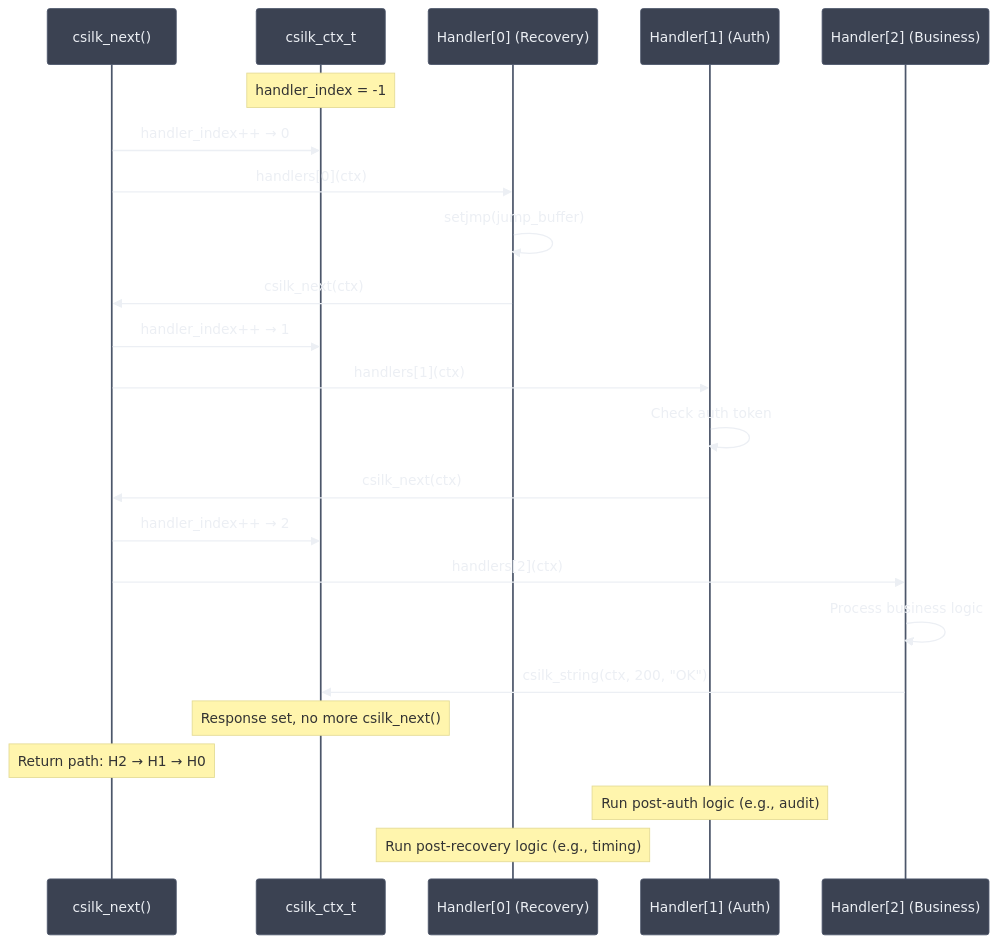
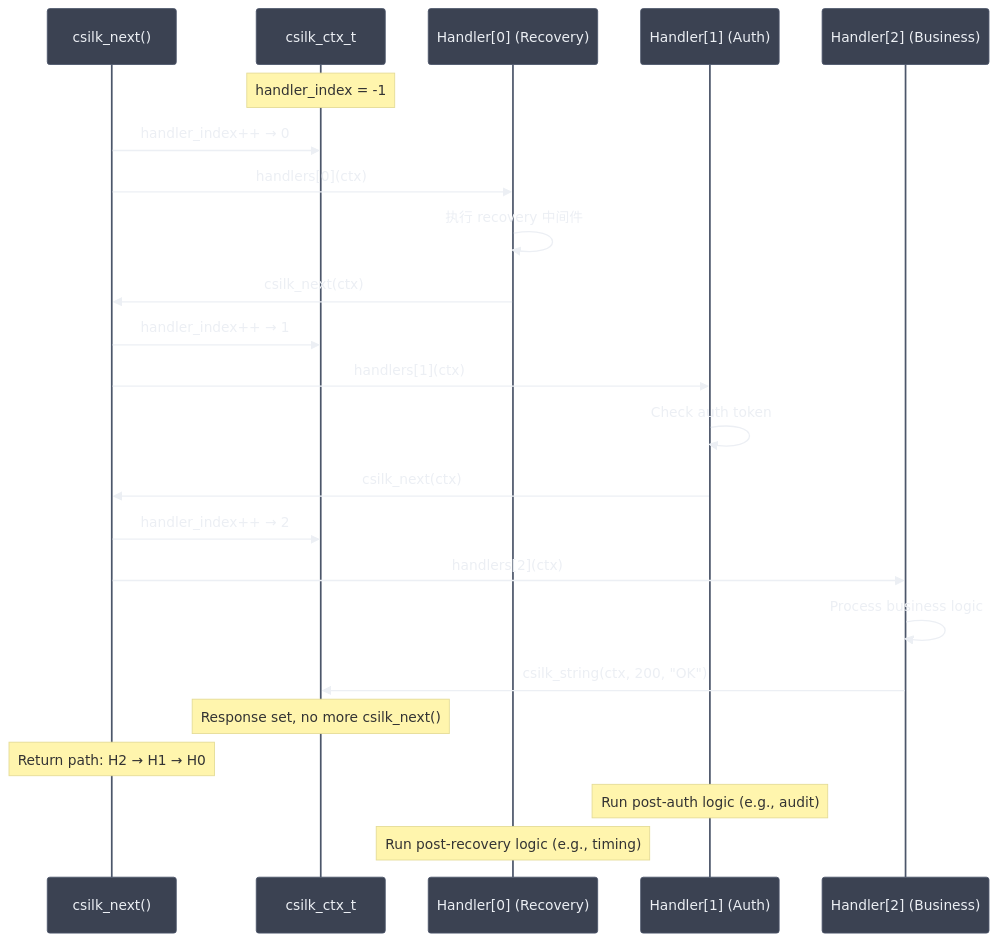
Before and after one commit to quintin-lee/csilk: the third of 5 diagrams in docs/zh-CN/module-design/context.md, drawn with Mermaid. The commit also changed other lines of this file and 5 other files, not shown here.

Commit message:
docs: 📝 align ctx/router docs with current code — remove jump_buffer, fix bucket count, update panic model, document match_result API

````diff
--- a/docs/zh-CN/module-design/context.md
+++ b/docs/zh-CN/module-design/context.md
@@ -150,55 +154,55 @@
 ```mermaid
 %%{init: {
   'theme': 'base',
   'themeVariables': {
     'background': '#2E3440',
     'primaryColor': '#81A1C1',
     'primaryBorderColor': '#4C566A',
     'primaryTextColor': '#ECEFF4',
     'secondaryColor': '#3B4252',
     'secondaryBorderColor': '#434C5E',
     'secondaryTextColor': '#D8DEE9',
     'lineColor': '#81A1C1',
     'textColor': '#ECEFF4',
     'mainBkg': '#3B4252',
     'nodeBorder': '#4C566A',
     'clusterBkg': '#2E3440',
     'clusterBorder': '#4C566A',
     'titleColor': '#ECEFF4',
     'edgeLabelBackground': '#3B4252',
     'nodeTextColor': '#ECEFF4'
   }
 }}%%
 sequenceDiagram
     participant S as csilk_next()
     participant C as csilk_ctx_t
     participant H0 as Handler[0] (Recovery)
     participant H1 as Handler[1] (Auth)
     participant H2 as Handler[2] (Business)
 
     Note over C: handler_index = -1
 
     S->>C: handler_index++ → 0
     S->>H0: handlers[0](ctx)
 
-    H0->>H0: setjmp(jump_buffer)
+    H0->>H0: 执行 recovery 中间件
     H0->>S: csilk_next(ctx)
 
     S->>C: handler_index++ → 1
     S->>H1: handlers[1](ctx)
 
     H1->>H1: Check auth token
     H1->>S: csilk_next(ctx)
 
     S->>C: handler_index++ → 2
     S->>H2: handlers[2](ctx)
 
     H2->>H2: Process business logic
     H2->>C: csilk_string(ctx, 200, "OK")
 
     Note over C: Response set, no more csilk_next()
 
     Note over S: Return path: H2 → H1 → H0
     Note over H1: Run post-auth logic (e.g., audit)
     Note over H0: Run post-recovery logic (e.g., timing)
 ```
````
